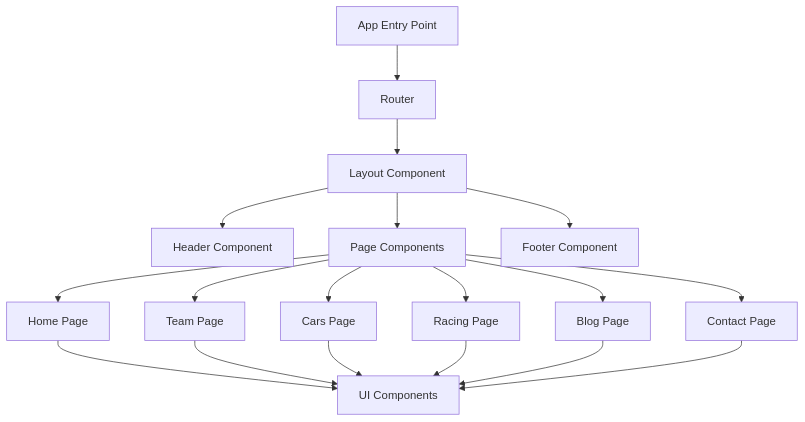
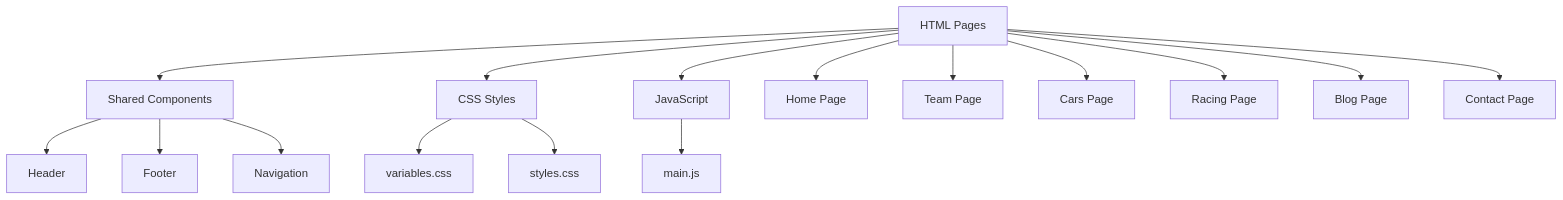
One commit to LeoPBgit/Pikzilla-Racing changed the diagram in memory-bank/systemPatterns.md. Above: the diagram before and after it, drawn with Mermaid. The commit also changed other lines of this file and 91 other files, not shown here.

````diff
--- a/memory-bank/systemPatterns.md
+++ b/memory-bank/systemPatterns.md
@@ -7,20 +7,18 @@
 ```mermaid
 flowchart TD
-    A[App Entry Point] --> B[Router]
-    B --> C[Layout Component]
-    C --> D[Header Component]
-    C --> E[Page Components]
-    C --> F[Footer Component]
-    E --> G[Home Page]
-    E --> H[Team Page]
-    E --> I[Cars Page]
-    E --> J[Racing Page]
-    E --> K[Blog Page]
-    E --> L[Contact Page]
-    G --> M[UI Components]
-    H --> M
-    I --> M
-    J --> M
-    K --> M
-    L --> M
+    A[HTML Pages] --> B[Shared Components]
+    A --> C[CSS Styles]
+    A --> D[JavaScript]
+    B --> E[Header]
+    B --> F[Footer]
+    B --> G[Navigation]
+    C --> H[variables.css]
+    C --> I[styles.css]
+    D --> J[main.js]
+    A --> K[Home Page]
+    A --> L[Team Page]
+    A --> M[Cars Page]
+    A --> N[Racing Page]
+    A --> O[Blog Page]
+    A --> P[Contact Page]
 ```
````
